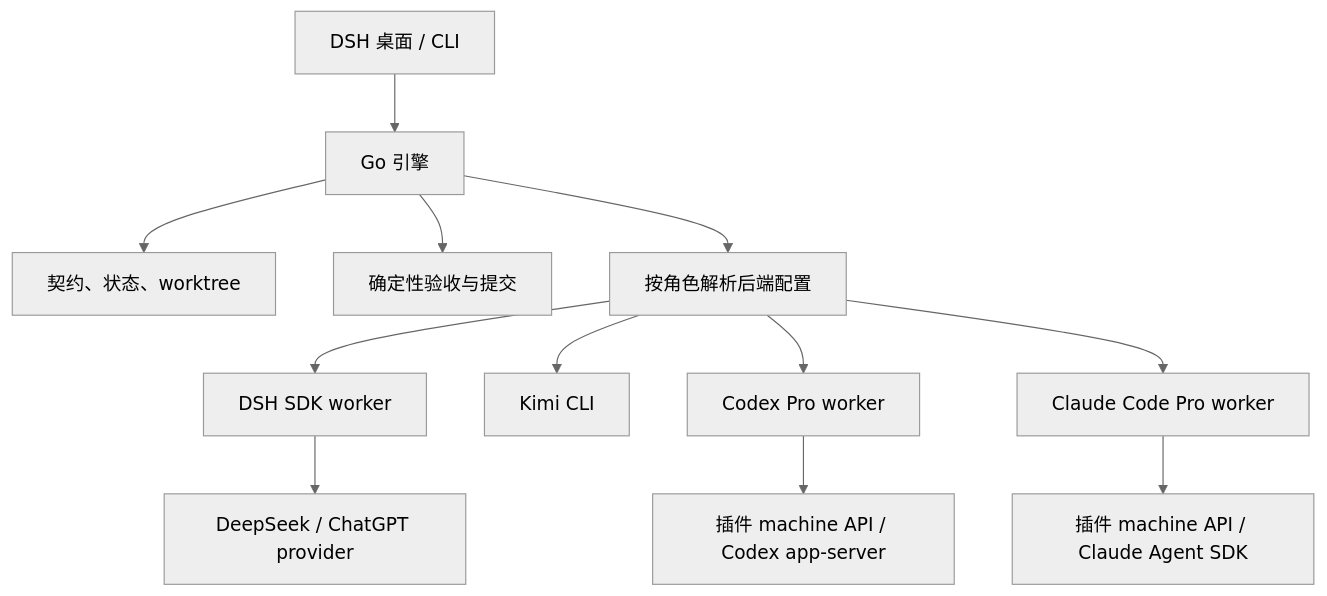
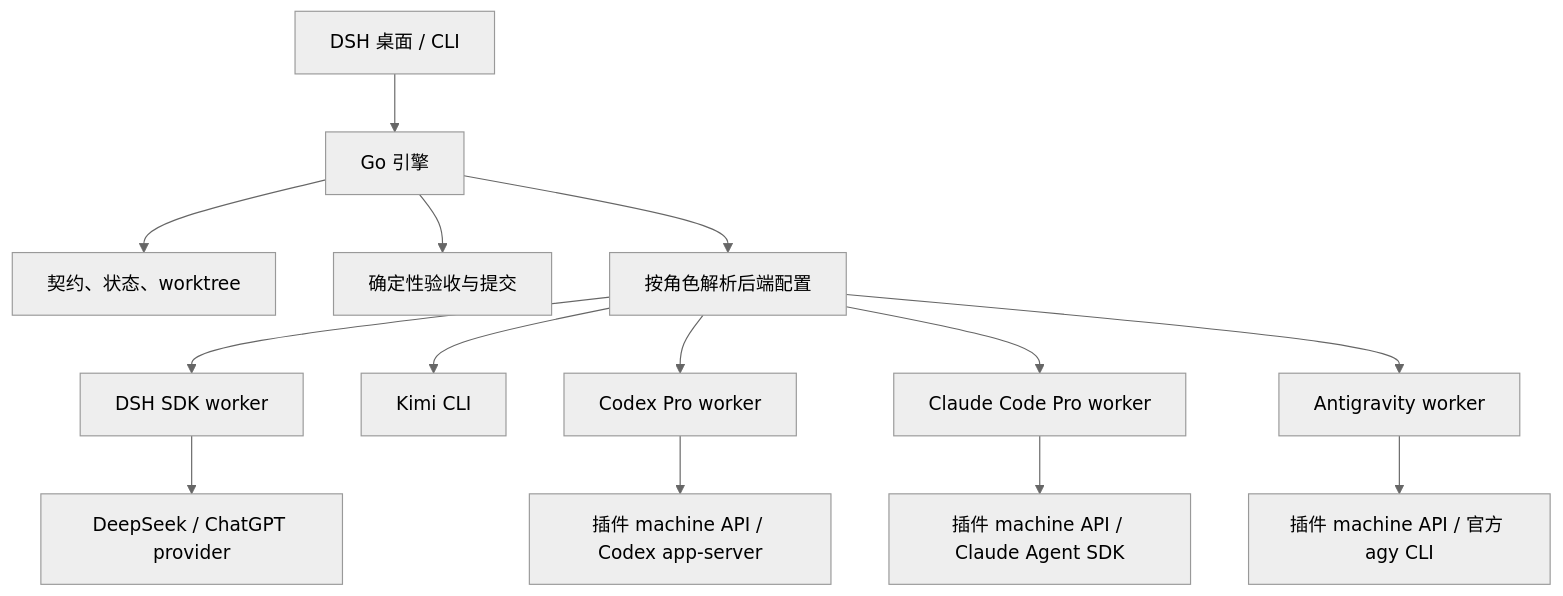
Before and after one commit to ckanner/flywheel: the diagram in docs/design.md, drawn with Mermaid (neutral theme). The commit also changed other lines of this file and 264 other files, not shown here.

````diff
--- a/docs/design.md
+++ b/docs/design.md
@@ -52,14 +52,16 @@
 ```mermaid
 flowchart TD
   U["DSH 桌面 / CLI"] --> G["Go 引擎"]
   G --> C["契约、状态、worktree"]
   G --> V["确定性验收与提交"]
   G --> R["按角色解析后端配置"]
   R --> D["DSH SDK worker"]
   R --> K["Kimi CLI"]
   R --> X["Codex Pro worker"]
   R --> H["Claude Code Pro worker"]
+  R --> Y["Antigravity worker"]
+  Y --> B["插件 machine API / 官方 agy CLI"]
   X --> A["插件 machine API / Codex app-server"]
   H --> Q["插件 machine API / Claude Agent SDK"]
   D --> P["DeepSeek / ChatGPT provider"]
 ```
````
